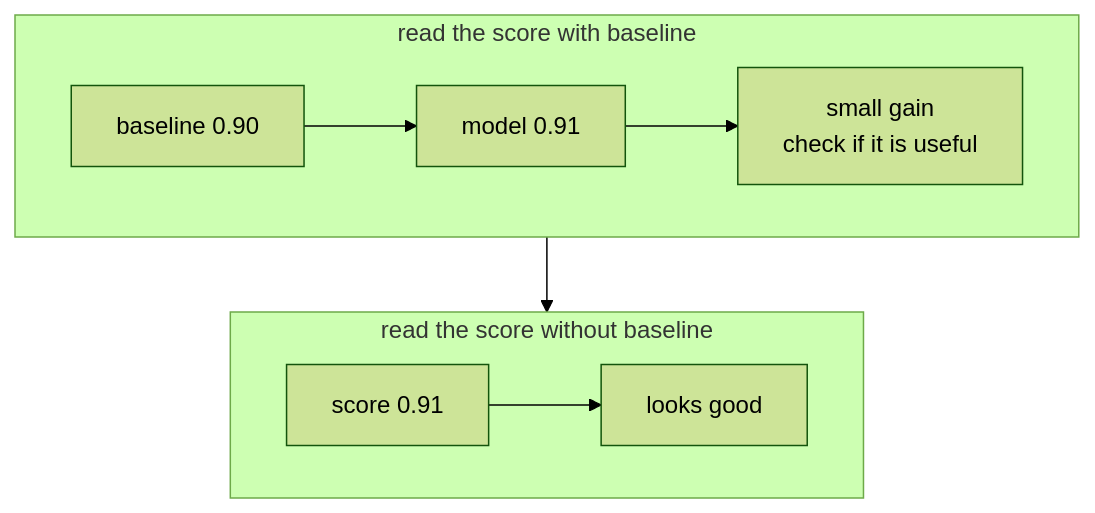
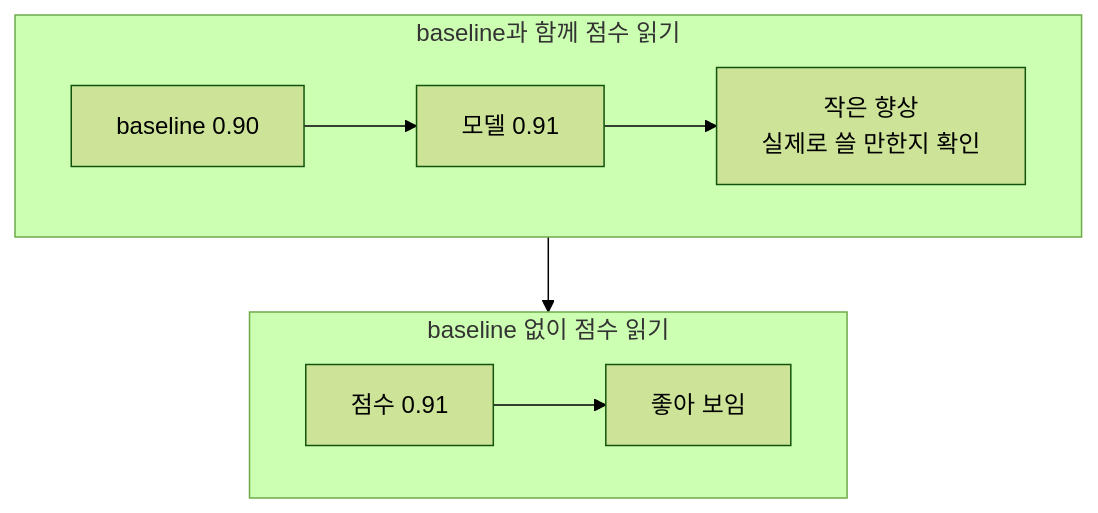
Before and after one commit to devchan64/AiBook: the second of 4 diagrams in docs/parts/part-04/chapter-08/section-02.md, drawn with Mermaid (forest theme). The commit also changed other lines of this file and 138 other files, not shown here.

````diff
--- a/docs/parts/part-04/chapter-08/section-02.md
+++ b/docs/parts/part-04/chapter-08/section-02.md
@@ -226,19 +226,19 @@
 ```mermaid
 flowchart TD
-  subgraph M2["read the score with baseline"]
+  subgraph M2["baseline과 함께 점수 읽기"]
     direction LR
     C["baseline 0.90"]
-    D["model 0.91"]
-    E["small gain<br/>check if it is useful"]
+    D["모델 0.91"]
+    E["작은 향상<br/>실제로 쓸 만한지 확인"]
   end
 
-  subgraph M1["read the score without baseline"]
+  subgraph M1["baseline 없이 점수 읽기"]
     direction LR
-    A["score 0.91"]
-    B["looks good"]
+    A["점수 0.91"]
+    B["좋아 보임"]
   end
 
   E --> A
   A --> B
   C --> D --> E
 ```
````
